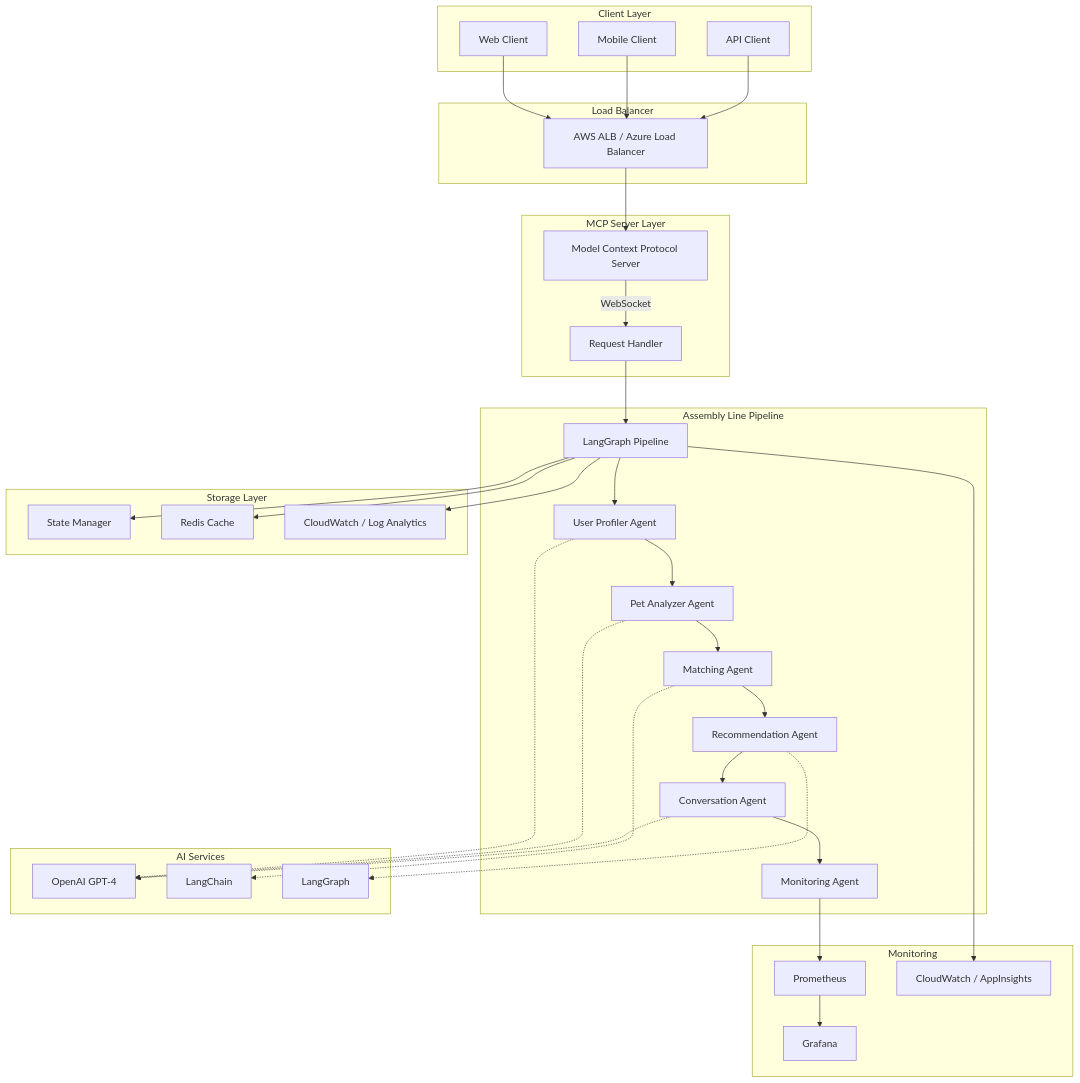
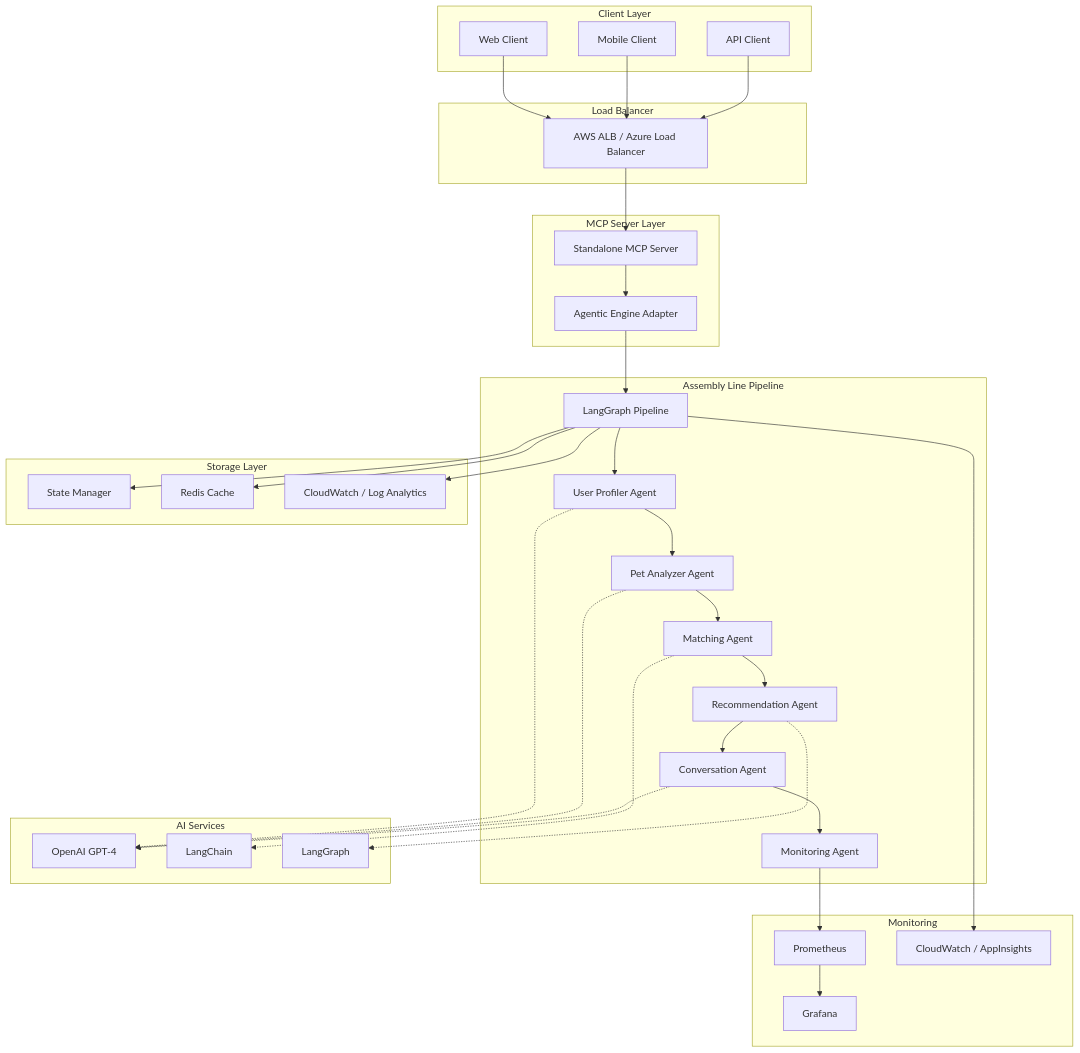
The first of 8 diagrams in agentic_ai/README.md (hoangsonww/PetSwipe-Match-App), drawn with Mermaid before and after one commit. The commit also changed other lines of this file and 47 other files, not shown here.

Commit message:
feat(mcp): introduce standalone MCP server and client with configuration and tools

````diff
--- a/agentic_ai/README.md
+++ b/agentic_ai/README.md
@@ -59,65 +60,65 @@
 ```mermaid
 graph TB
     subgraph "Client Layer"
         A[Web Client]
         B[Mobile Client]
         C[API Client]
     end
 
     subgraph "Load Balancer"
         LB[AWS ALB / Azure Load Balancer]
     end
 
     subgraph "MCP Server Layer"
-        MCP[Model Context Protocol Server]
-        MCP --> |WebSocket| Handler[Request Handler]
+        MCP[Standalone MCP Server]
+        MCP --> Handler[Agentic Engine Adapter]
     end
 
     subgraph "Assembly Line Pipeline"
         Handler --> Pipeline[LangGraph Pipeline]
 
         Pipeline --> Agent1[User Profiler Agent]
         Agent1 --> Agent2[Pet Analyzer Agent]
         Agent2 --> Agent3[Matching Agent]
         Agent3 --> Agent4[Recommendation Agent]
         Agent4 --> Agent5[Conversation Agent]
         Agent5 --> Agent6[Monitoring Agent]
     end
 
     subgraph "AI Services"
         OpenAI[OpenAI GPT-4]
         LangChain[LangChain]
         LangGraph[LangGraph]
     end
 
     subgraph "Storage Layer"
         State[State Manager]
         Cache[Redis Cache]
         Logs[CloudWatch / Log Analytics]
     end
 
     subgraph "Monitoring"
         Prometheus[Prometheus]
         Grafana[Grafana]
         CloudWatch[CloudWatch / AppInsights]
     end
 
     A --> LB
     B --> LB
     C --> LB
     LB --> MCP
 
     Agent1 -.-> OpenAI
     Agent2 -.-> OpenAI
     Agent3 -.-> LangChain
     Agent4 -.-> LangGraph
     Agent5 -.-> OpenAI
 
     Pipeline --> State
     Pipeline --> Cache
     Pipeline --> Logs
 
     Agent6 --> Prometheus
     Prometheus --> Grafana
     Pipeline --> CloudWatch
 ```
````
